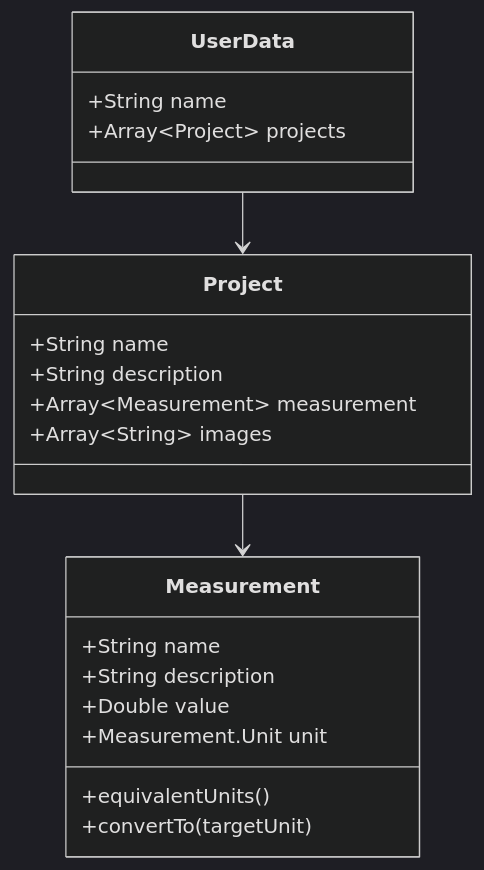
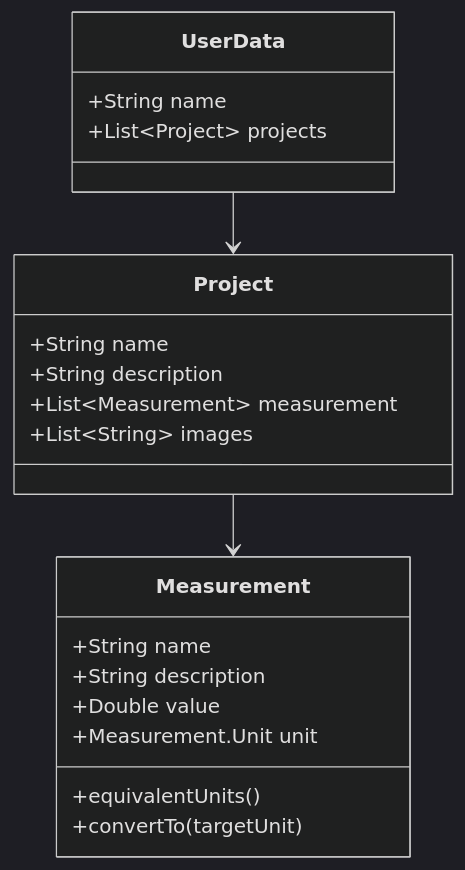
Before and after one commit to radcli14/youkon: the diagram in README.md, drawn with Mermaid (dark theme).

Commit message:
Switched arrays to lists in the architecture diagram

````diff
--- a/README.md
+++ b/README.md
@@ -32,23 +32,23 @@
 ```mermaid
 classDiagram
 UserData --> Project
 Project --> Measurement
 class UserData {
 +String name
-+Array~Project~ projects
++List~Project~ projects
 }
 class Project {
 +String name
 +String description
-+Array~Measurement~ measurement
-+Array~String~ images
++List~Measurement~ measurement
++List~String~ images
 }
 class Measurement {
 +String name
 +String description
 +Double value
 +Measurement.Unit unit
 +equivalentUnits()
 +convertTo(targetUnit)
 } 
 ```
````
